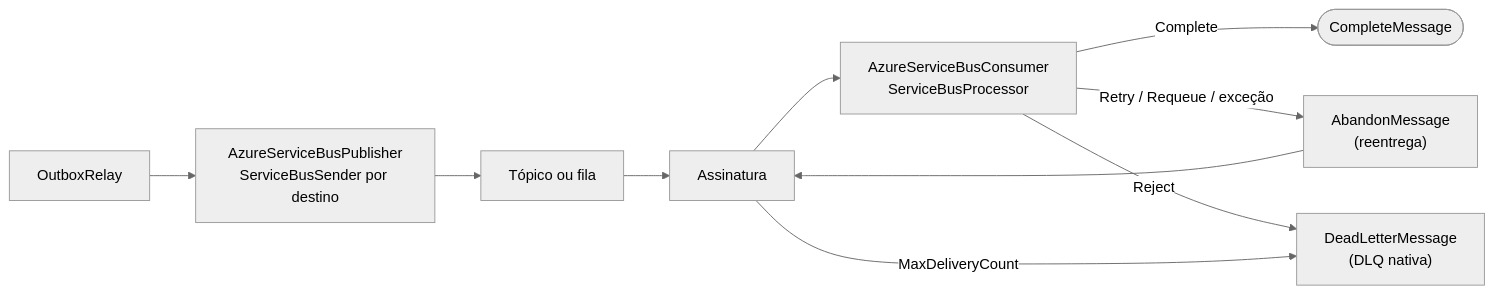
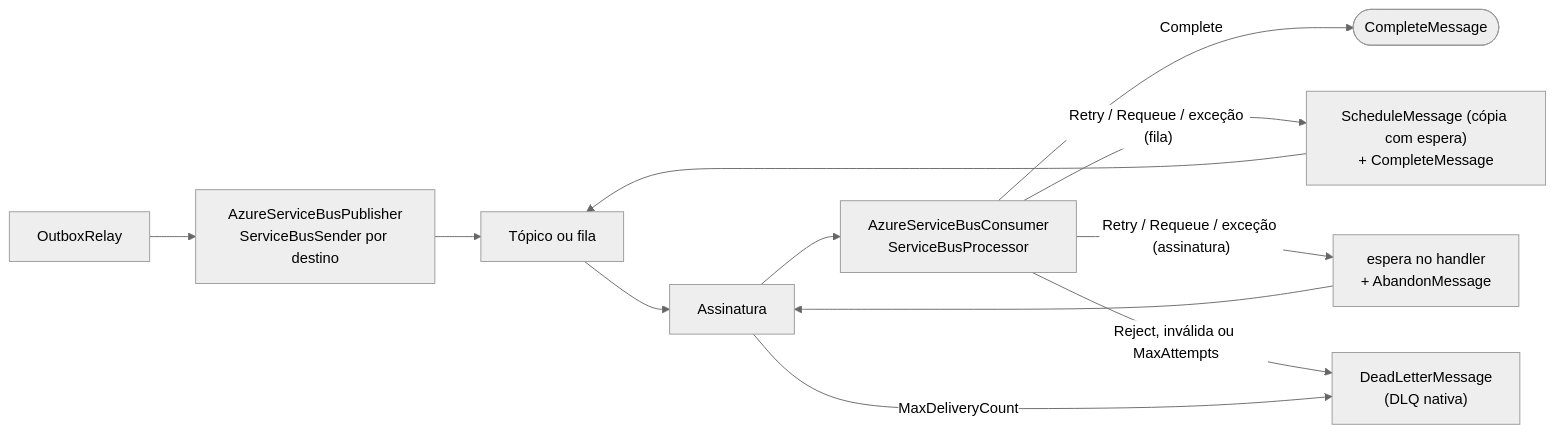
The diagram in docs/azureservicebus.md (tudoemcodigo/lib-tec-messaging), drawn with Mermaid (neutral theme) before and after one commit. The commit also changed other lines of this file and 82 other files, not shown here.

````diff
--- a/docs/azureservicebus.md
+++ b/docs/azureservicebus.md
@@ -24,11 +24,12 @@
 ```mermaid
 flowchart LR
     R["OutboxRelay"] --> P["AzureServiceBusPublisher<br/>ServiceBusSender por destino"]
     P --> T["Tópico ou fila"]
     T --> S["Assinatura"]
     S --> C["AzureServiceBusConsumer<br/>ServiceBusProcessor"]
     C -- "Complete" --> OK(["CompleteMessage"])
-    C -- "Retry / Requeue / exceção" --> AB["AbandonMessage<br/>(reentrega)"] --> S
-    C -- "Reject" --> DLQ["DeadLetterMessage<br/>(DLQ nativa)"]
+    C -- "Retry / Requeue / exceção (fila)" --> SC["ScheduleMessage (cópia com espera)<br/>+ CompleteMessage"] --> T
+    C -- "Retry / Requeue / exceção (assinatura)" --> AB["espera no handler<br/>+ AbandonMessage"] --> S
+    C -- "Reject, inválida ou MaxAttempts" --> DLQ["DeadLetterMessage<br/>(DLQ nativa)"]
     S -- "MaxDeliveryCount" --> DLQ
 ```
````
